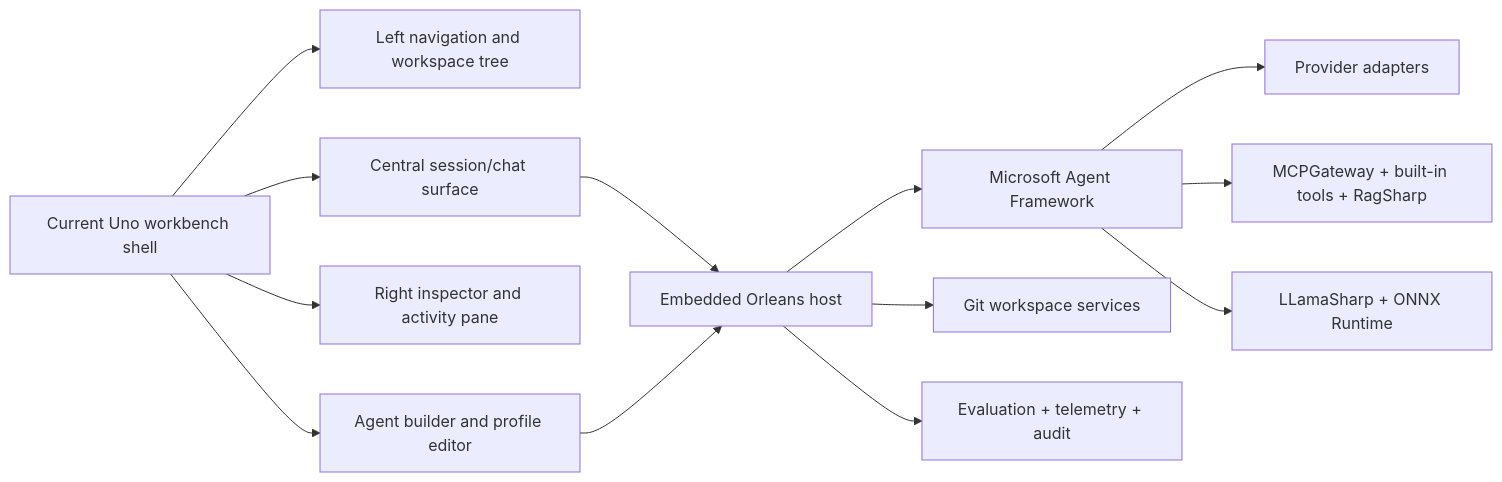
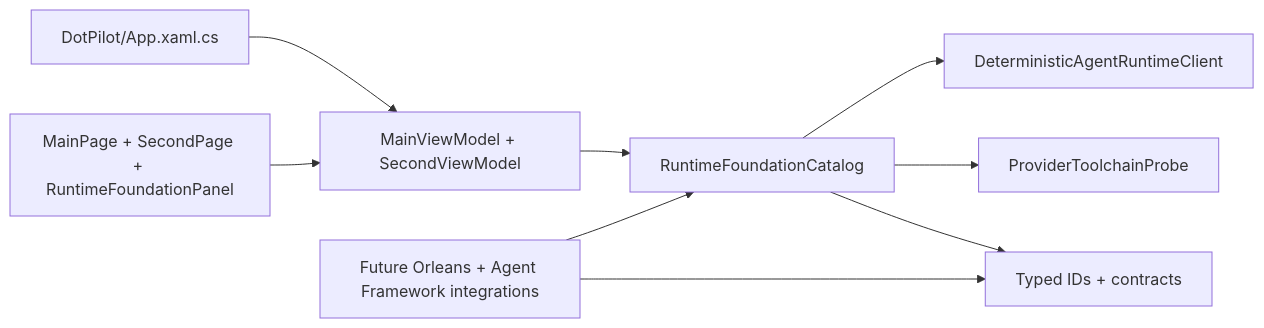
One commit to managedcode/dotPilot changed the third of 3 diagrams in docs/Architecture.md. Above: the diagram before and after it, drawn with Mermaid. The commit also changed other lines of this file and 45 other files, not shown here.

Commit message:
Add vertical-slice runtime foundation

````diff
--- a/docs/Architecture.md
+++ b/docs/Architecture.md
@@ -53,30 +85,20 @@
 ```mermaid
 flowchart LR
-  Shell["Current Uno workbench shell"]
-  Sidebar["Left navigation and workspace tree"]
-  SessionSurface["Central session/chat surface"]
-  Inspector["Right inspector and activity pane"]
-  Builder["Agent builder and profile editor"]
+  App["DotPilot/App.xaml.cs"]
+  Views["MainPage + SecondPage + RuntimeFoundationPanel"]
+  ViewModels["MainViewModel + SecondViewModel"]
+  Catalog["RuntimeFoundationCatalog"]
+  TestClient["DeterministicAgentRuntimeClient"]
+  Probe["ProviderToolchainProbe"]
+  Contracts["Typed IDs + contracts"]
+  Future["Future Orleans + Agent Framework integrations"]
 
-  Runtime["Embedded Orleans host"]
-  Orchestration["Microsoft Agent Framework"]
-  Providers["Provider adapters"]
-  Tools["MCPGateway + built-in tools + RagSharp"]
-  Git["Git workspace services"]
-  Local["LLamaSharp + ONNX Runtime"]
-  Trust["Evaluation + telemetry + audit"]
-
-  Shell --> Sidebar
-  Shell --> SessionSurface
-  Shell --> Inspector
-  Shell --> Builder
-
-  SessionSurface --> Runtime
-  Builder --> Runtime
-  Runtime --> Orchestration
-  Orchestration --> Providers
-  Orchestration --> Tools
-  Runtime --> Git
-  Orchestration --> Local
-  Runtime --> Trust
+  App --> ViewModels
+  Views --> ViewModels
+  ViewModels --> Catalog
+  Catalog --> TestClient
+  Catalog --> Probe
+  Catalog --> Contracts
+  Future --> Contracts
+  Future --> Catalog
 ```
````
